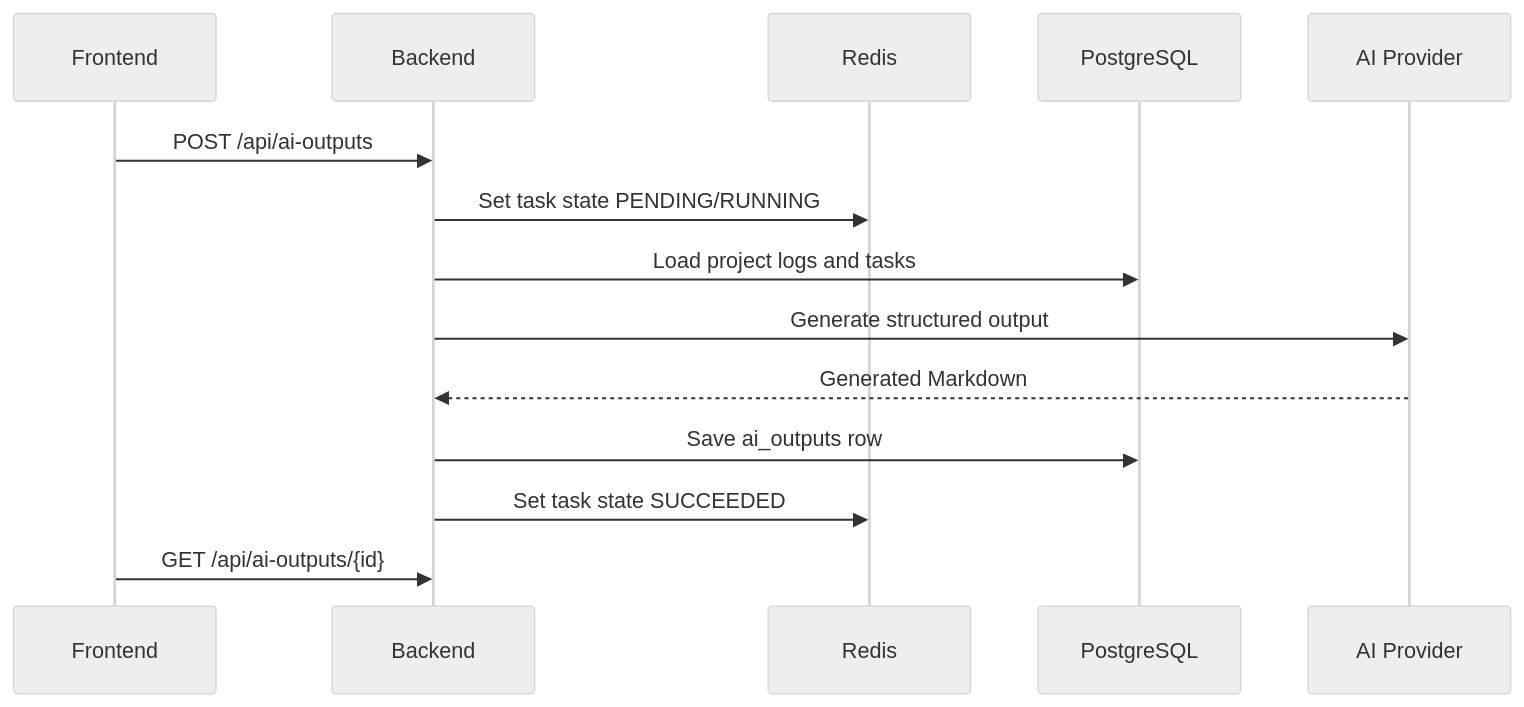
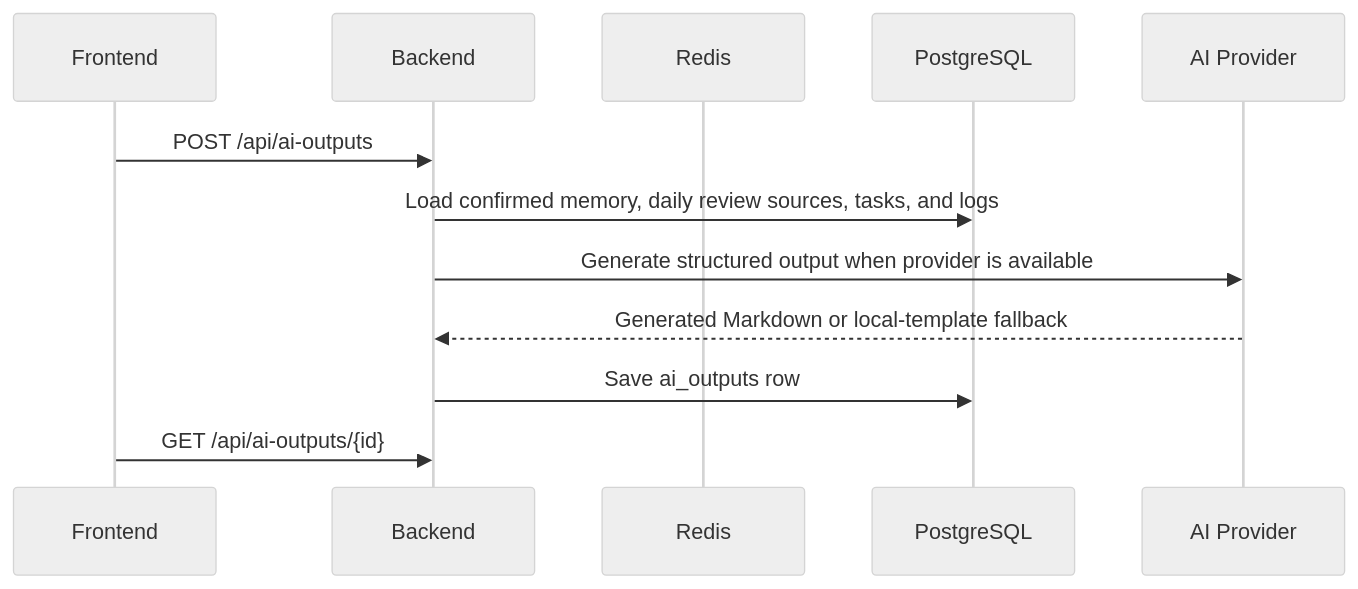
One commit to xiaochuqing-dev/ProjectFlow changed the fifth of 5 diagrams in docs/architecture.md. Above: the diagram before and after it, drawn with Mermaid (neutral theme). The commit also changed other lines of this file and 2 other files, not shown here.

````diff
--- a/docs/architecture.md
+++ b/docs/architecture.md
@@ -150,16 +174,14 @@
 ```mermaid
 sequenceDiagram
     participant F as Frontend
     participant B as Backend
     participant R as Redis
     participant DB as PostgreSQL
     participant AI as AI Provider
     F->>B: POST /api/ai-outputs
-    B->>R: Set task state PENDING/RUNNING
-    B->>DB: Load project logs and tasks
-    B->>AI: Generate structured output
-    AI-->>B: Generated Markdown
+    B->>DB: Load confirmed memory, daily review sources, tasks, and logs
+    B->>AI: Generate structured output when provider is available
+    AI-->>B: Generated Markdown or local-template fallback
     B->>DB: Save ai_outputs row
-    B->>R: Set task state SUCCEEDED
     F->>B: GET /api/ai-outputs/{id}
 ```
````
